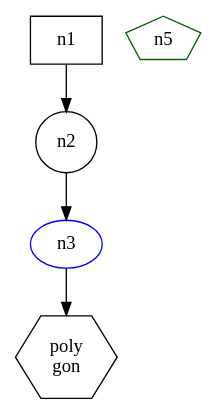
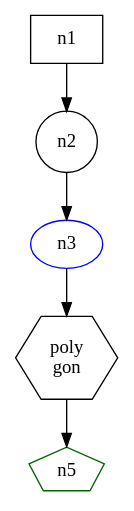
Before and after one commit to mark-summerfield/gviz: the diagram in eg/test-nl.gv, drawn with Graphviz. The commit also changed 2 other files, not shown here.

```diff
--- a/eg/test-nl.gv
+++ b/eg/test-nl.gv
@@ -1,12 +1,15 @@
 digraph {
 	n1 [shape=box]
 	n2 [shape=circle]
 		
 	n3 [shape=oval color=blue]
 	n5 [shape=polygon sides=5 color=darkgreen]
 	n4 [shape=polygon sides=6 label="poly\ngon"]
 	
 	n1 -> n2
 	n2 -> n3
-	n3 -> n4	
+	n3 -> n4
+	n4 -> n5
+	
+		
 }
```
